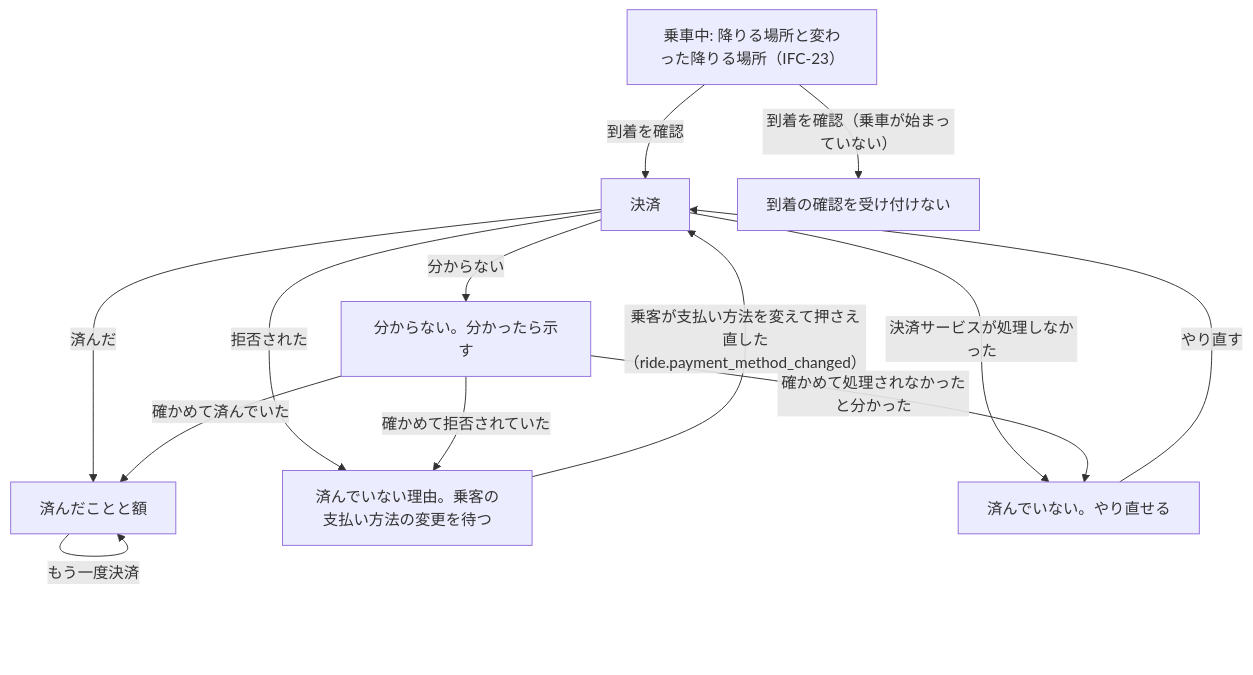
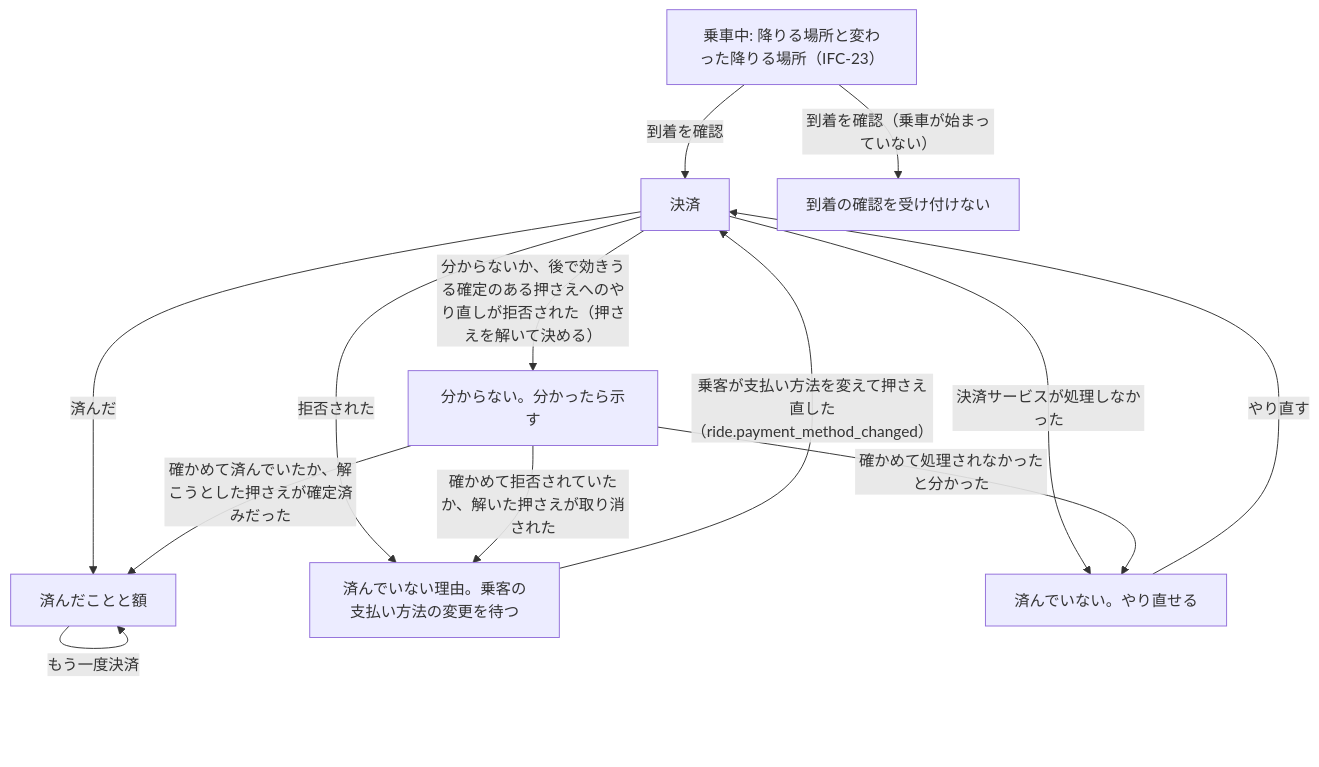
One commit to Taro000/ride-hailing-app-demo changed diagram 41 of 58 in docs/design/3-high-level-design.md. Above: the diagram before and after it, drawn with Mermaid. The commit also changed other lines of this file and 8 other files, not shown here.

````diff
--- a/docs/design/3-high-level-design.md
+++ b/docs/design/3-high-level-design.md
@@ -1511,15 +1577,15 @@
 ```mermaid
 flowchart TD
   riding["乗車中: 降りる場所と変わった降りる場所（IFC-23）"] -->|到着を確認| pay["決済"]
   riding -->|到着を確認（乗車が始まっていない）| notstarted["到着の確認を受け付けない"]
   pay -->|済んだ| done["済んだことと額"]
   pay -->|拒否された| declined["済んでいない理由。乗客の支払い方法の変更を待つ"]
   declined -->|乗客が支払い方法を変えて押さえ直した（ride.payment_method_changed）| pay
-  pay -->|分からない| pending["分からない。分かったら示す"]
+  pay -->|分からないか、後で効きうる確定のある押さえへのやり直しが拒否された（押さえを解いて決める）| pending["分からない。分かったら示す"]
   pay -->|決済サービスが処理しなかった| notprocessed["済んでいない。やり直せる"]
-  pending -->|確かめて済んでいた| done
-  pending -->|確かめて拒否されていた| declined
+  pending -->|確かめて済んでいたか、解こうとした押さえが確定済みだった| done
+  pending -->|確かめて拒否されていたか、解いた押さえが取り消された| declined
   pending -->|確かめて処理されなかったと分かった| notprocessed
   notprocessed -->|やり直す| pay
   done -->|もう一度決済| done
 ```
````
